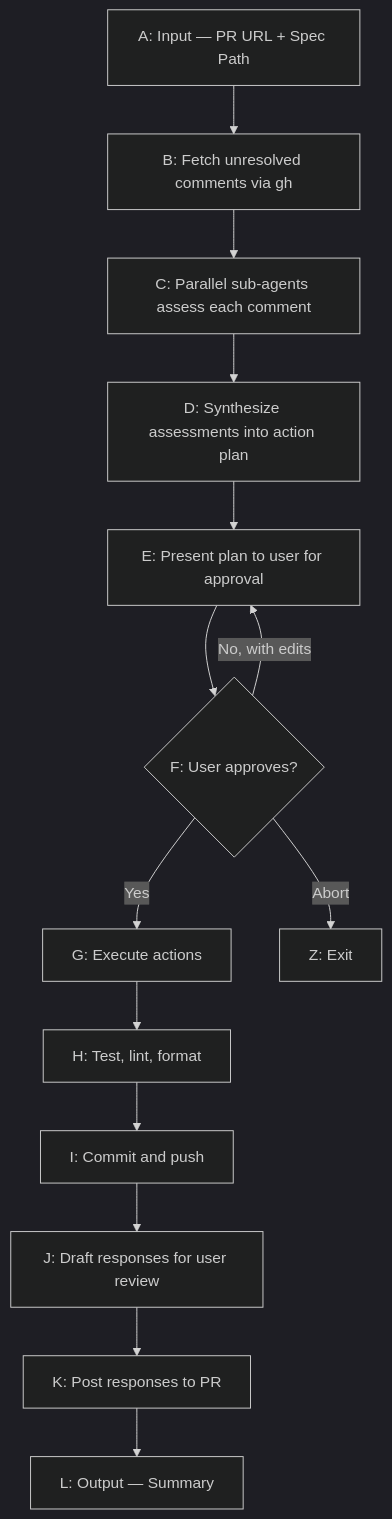
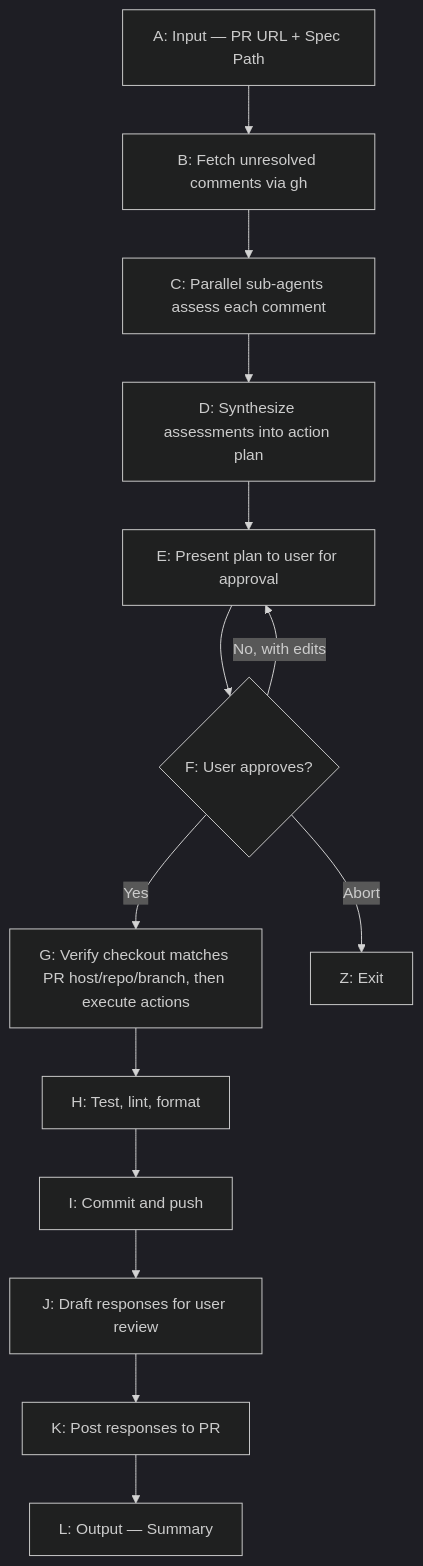
The diagram in plugins/pr-review-handler/skills/pr-review-handler/SKILL.md (ky1ejs/claude-plugins), drawn with Mermaid (dark theme) before and after one commit. The commit also changed other lines of this file and 10 other files, not shown here.

````diff
--- a/plugins/pr-review-handler/skills/pr-review-handler/SKILL.md
+++ b/plugins/pr-review-handler/skills/pr-review-handler/SKILL.md
@@ -27,19 +29,19 @@
 ```mermaid
 flowchart TD
   A["A: Input — PR URL + Spec Path"] --> B
   B["B: Fetch unresolved comments via gh"] --> C
   C["C: Parallel sub-agents assess each comment"] --> D
   D["D: Synthesize assessments into action plan"] --> E
   E["E: Present plan to user for approval"] --> F
   F{"F: User approves?"}
   F -->|Yes| G
   F -->|No, with edits| E
   F -->|Abort| Z
-  G["G: Execute actions"] --> H
+  G["G: Verify checkout matches PR host/repo/branch, then execute actions"] --> H
   H["H: Test, lint, format"] --> I
   I["I: Commit and push"] --> J
   J["J: Draft responses for user review"] --> K
   K["K: Post responses to PR"] --> L
   L["L: Output — Summary"]
   Z["Z: Exit"]
 ```
````
